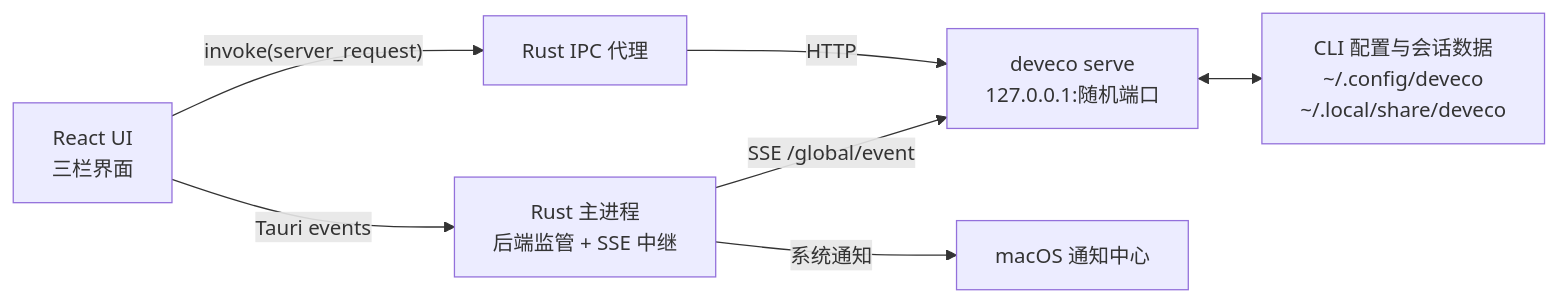
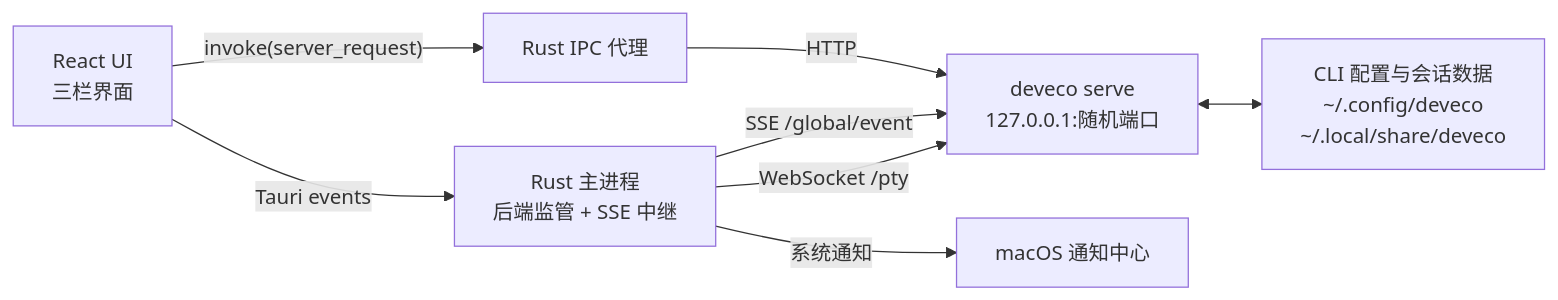
Before and after one commit to SherlockGougou/devecocode-desktop: the first of 3 diagrams in docs/architecture.md, drawn with Mermaid. The commit also changed other lines of this file and 74 other files, not shown here.

````diff
--- a/docs/architecture.md
+++ b/docs/architecture.md
@@ -19,9 +20,10 @@
 ```mermaid
 graph LR
   UI["React UI<br/>三栏界面"] -- "invoke(server_request)" --> IPC["Rust IPC 代理"]
   UI -- "Tauri events" --> MAIN["Rust 主进程<br/>后端监管 + SSE 中继"]
   IPC -- "HTTP" --> CLI["deveco serve<br/>127.0.0.1:随机端口"]
   MAIN -- "SSE /global/event" --> CLI
+  MAIN -- "WebSocket /pty" --> CLI
   MAIN -- "系统通知" --> N["macOS 通知中心"]
   CLI <--> DATA["CLI 配置与会话数据<br/>~/.config/deveco<br/>~/.local/share/deveco"]
 ```
````
